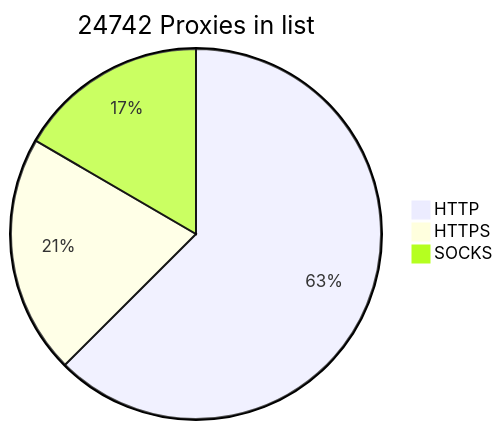
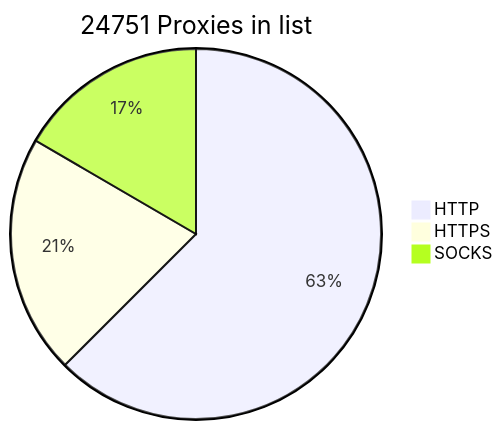
One commit to BlackSnowDot/proxylist-update-every-minute changed the diagram in README.md. Above: the diagram before and after it, drawn with Mermaid.

````diff
--- a/README.md
+++ b/README.md
@@ -2,6 +2,6 @@
 ```mermaid
-pie title 24742 Proxies in list
-    "HTTP" : 17913
-    "HTTPS": 5984
+pie title 24751 Proxies in list
+    "HTTP" : 17911
+    "HTTPS": 5988
     "SOCKS" : 4758
 ```
````
